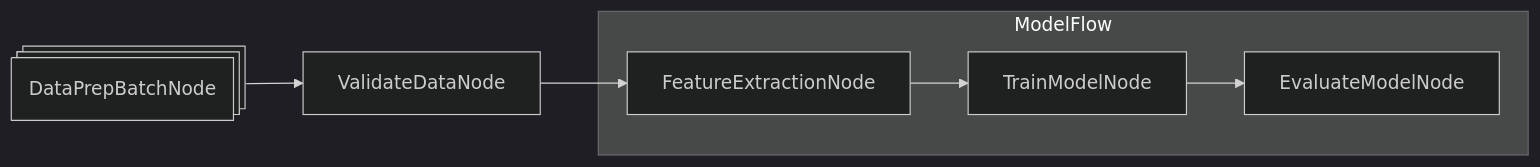
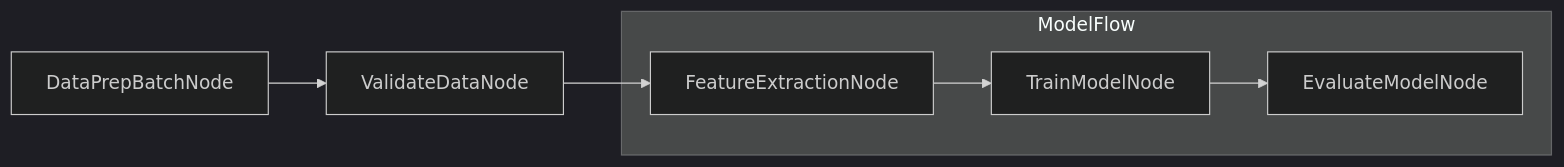
One commit to yuwei2010/PocketFlow changed the diagram in docs/viz.md. Above: the diagram before and after it, drawn with Mermaid (dark theme). The commit also changed other lines of this file, not shown here.

Commit message:
mermaid version issue. use simple label instead

````diff
--- a/docs/viz.md
+++ b/docs/viz.md
@@ -117,15 +114,15 @@
 ```mermaid
 graph LR
-    N1@{shape: procs, label: "DataPrepBatchNode"}
-    N2@{label: "ValidateDataNode"}
+    N1["DataPrepBatchNode"]
+    N2["ValidateDataNode"]
     N1 --> N2
     N2 --> N3
 
     subgraph sub_flow_N4[ModelFlow]
-    N3@{label: "FeatureExtractionNode"}
-    N5@{label: "TrainModelNode"}
+    N3["FeatureExtractionNode"]
+    N5["TrainModelNode"]
     N3 --> N5
-    N6@{label: "EvaluateModelNode"}
+    N6["EvaluateModelNode"]
     N5 --> N6
     end
 ```
````
